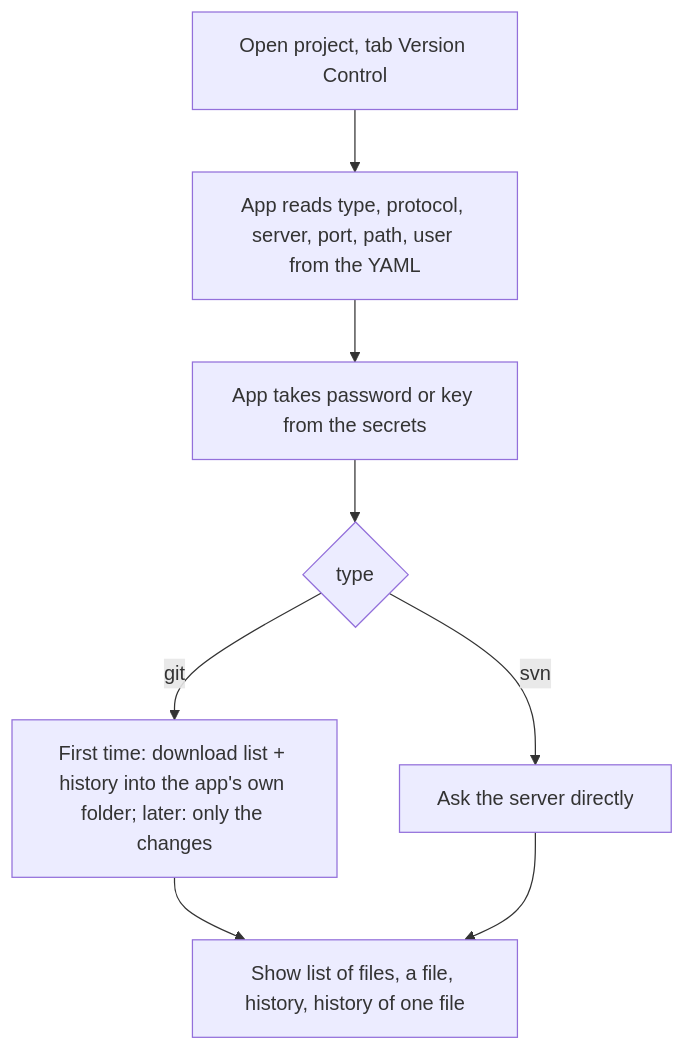
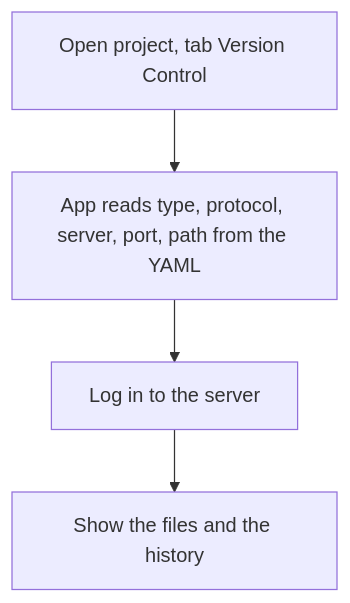
The diagram in docs/plans/VERSION-CONTROL.md (GFGMNET/Workspace), drawn with Mermaid before and after one commit. The commit also changed other lines of this file and 1 other file, not shown here.

First line of the commit message:
Plans Git/SVN and VS Code: not requested items moved to open points; no longer Ready 2 Deploy

````diff
--- a/docs/plans/VERSION-CONTROL.md
+++ b/docs/plans/VERSION-CONTROL.md
@@ -85,10 +89,6 @@
 ```mermaid
 flowchart TD
-  A[Open project, tab Version Control] --> B[App reads type, protocol, server, port, path, user from the YAML]
-  B --> C[App takes password or key from the secrets]
-  C --> D{type}
-  D -->|git| E[First time: download list + history into the app's own folder; later: only the changes]
-  D -->|svn| F[Ask the server directly]
-  E --> G[Show list of files, a file, history, history of one file]
-  F --> G
+  A[Open project, tab Version Control] --> B[App reads type, protocol, server, port, path from the YAML]
+  B --> C[Log in to the server]
+  C --> D[Show the files and the history]
 ```
````
